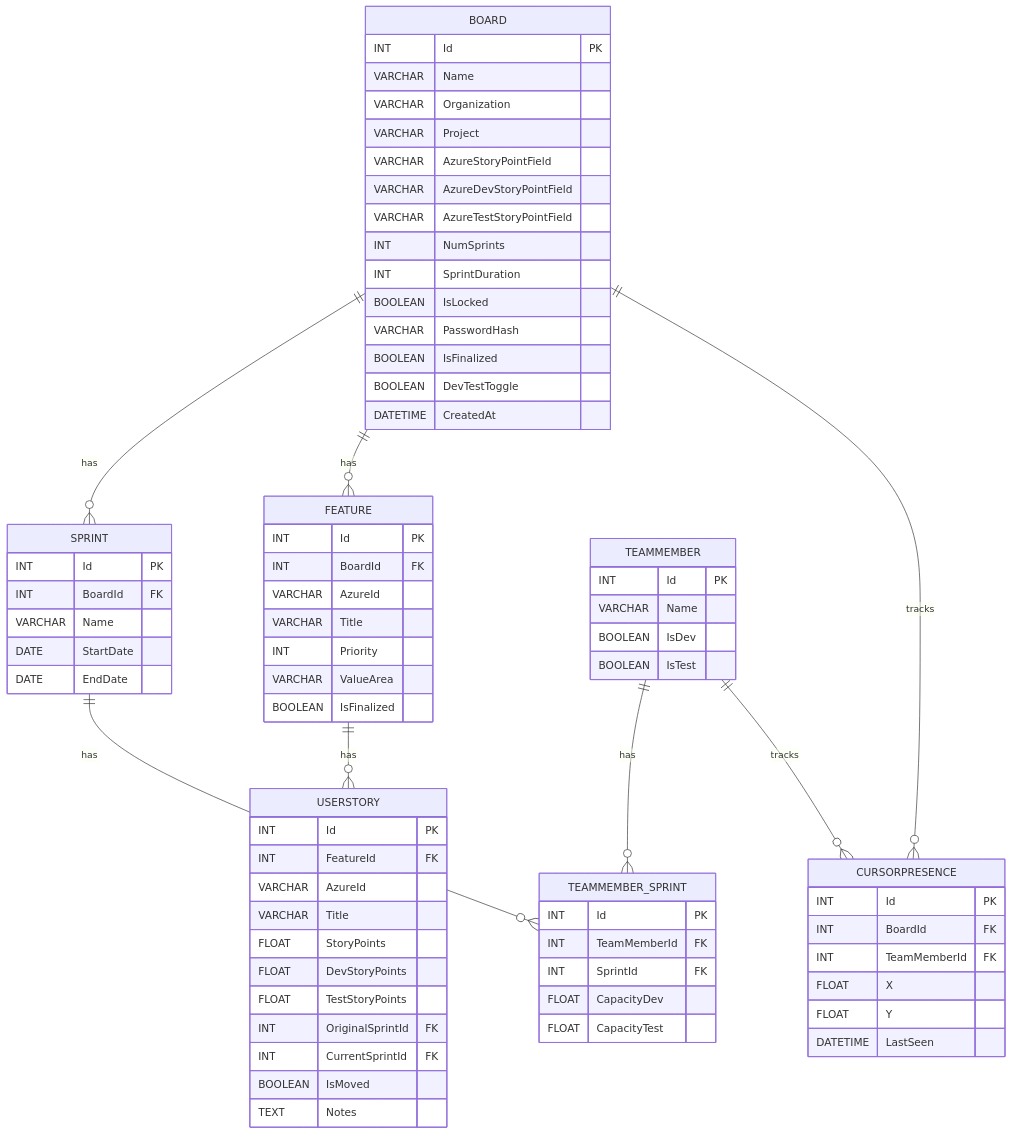
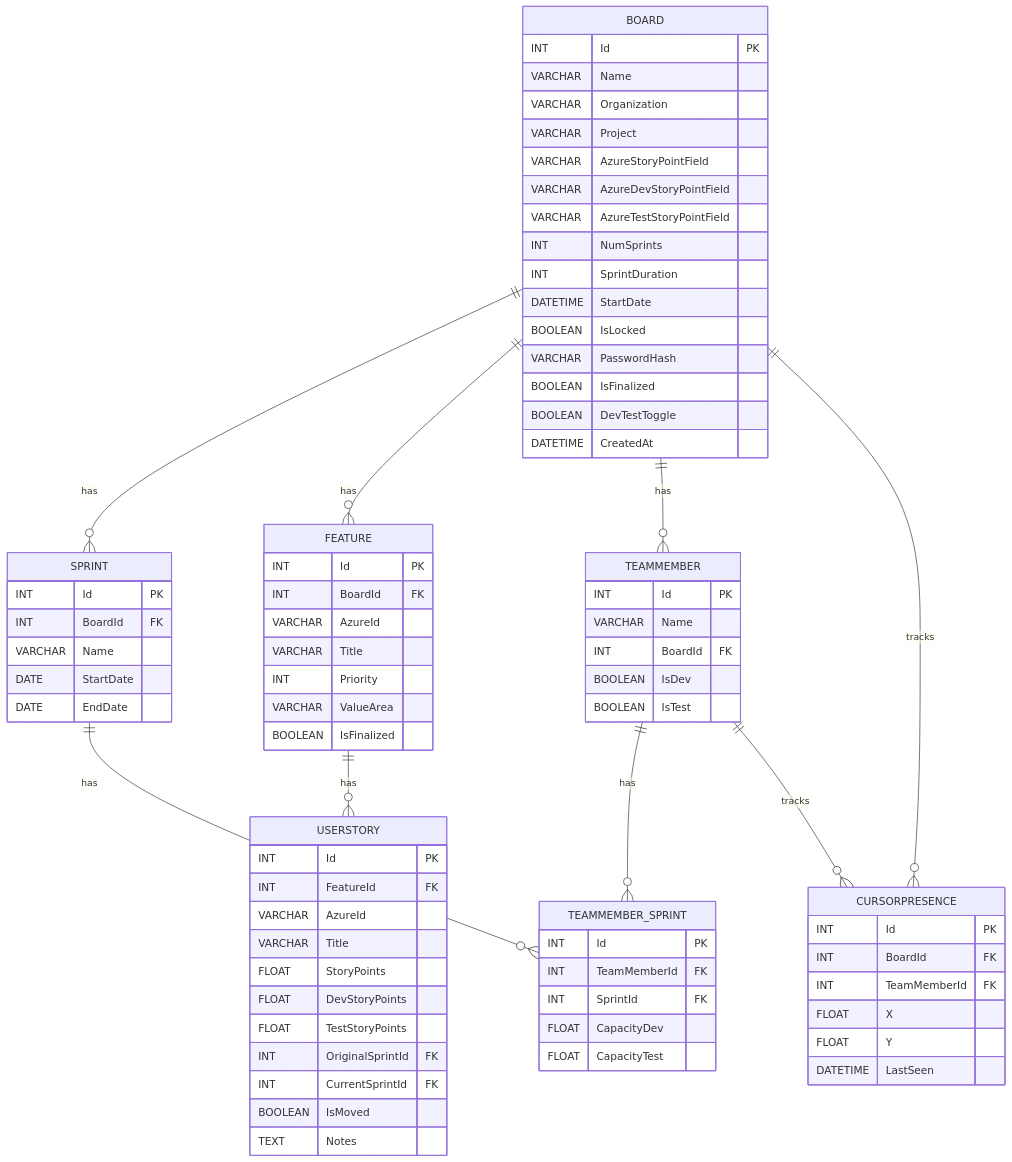
One commit to AnirbanDeb0510/pi-planning-tool changed the diagram in README.md. Above: the diagram before and after it, drawn with Mermaid. The commit also changed other lines of this file and 23 other files, not shown here.

```diff
--- a/README.md
+++ b/README.md
@@ -140,6 +147,7 @@
         VARCHAR AzureTestStoryPointField
         INT NumSprints
         INT SprintDuration
+        DATETIME StartDate
         BOOLEAN IsLocked
         VARCHAR PasswordHash
         BOOLEAN IsFinalized
@@ -182,6 +190,7 @@
     TEAMMEMBER {
         INT Id PK
         VARCHAR Name
+        INT BoardId FK
         BOOLEAN IsDev
         BOOLEAN IsTest
     }
@@ -205,6 +214,7 @@
 
     BOARD ||--o{ SPRINT : has
     BOARD ||--o{ FEATURE : has
+    BOARD ||--o{ TEAMMEMBER : has
     FEATURE ||--o{ USERSTORY : has
     SPRINT ||--o{ TEAMMEMBER_SPRINT : has
     TEAMMEMBER ||--o{ TEAMMEMBER_SPRINT : has
```
